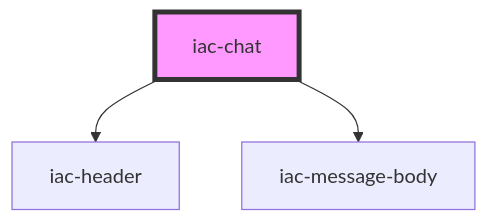
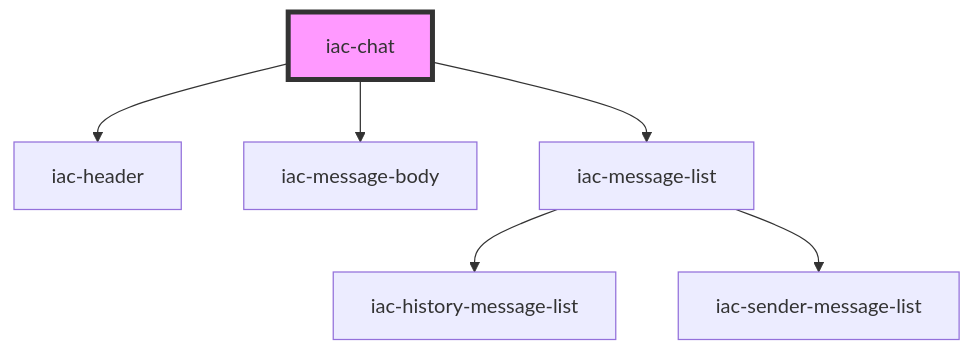
One commit to mbuckley/hackathon-in-app-chat changed the diagram in src/components/containers/chat/readme.md. Above: the diagram before and after it, drawn with Mermaid. The commit also changed other lines of this file and 19 other files, not shown here.

````diff
--- a/src/components/containers/chat/readme.md
+++ b/src/components/containers/chat/readme.md
@@ -26,6 +27,9 @@
 ```mermaid
 graph TD;
   iac-chat --> iac-header
   iac-chat --> iac-message-body
+  iac-chat --> iac-message-list
+  iac-message-list --> iac-history-message-list
+  iac-message-list --> iac-sender-message-list
   style iac-chat fill:#f9f,stroke:#333,stroke-width:4px
 ```
````
